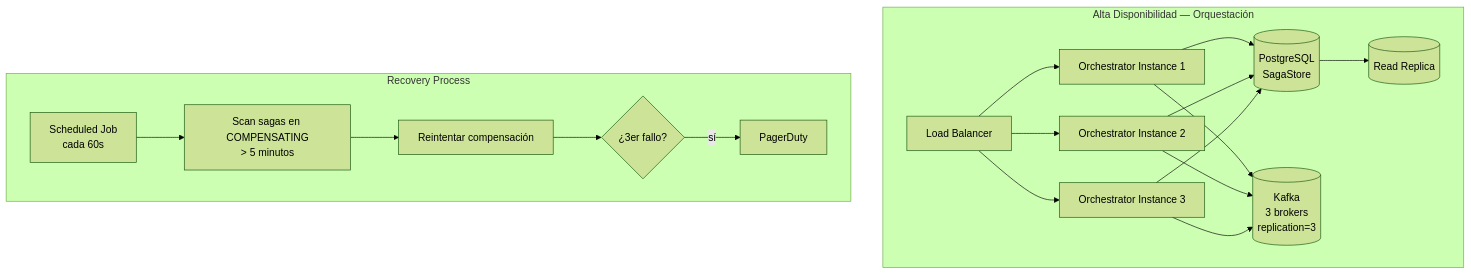
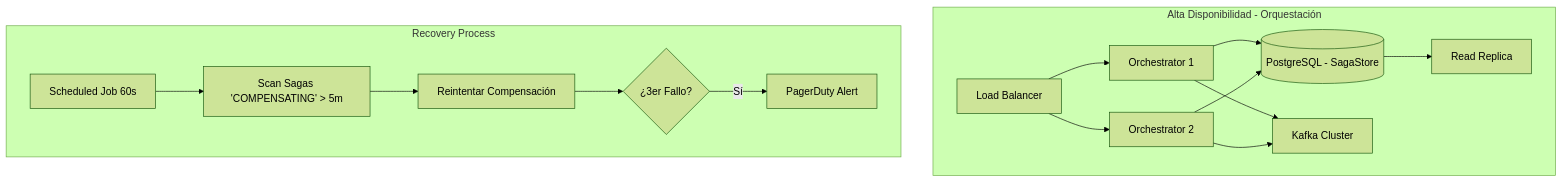
Before and after one commit to Joaquinriosheredia/DAM-Java-Mastery: the second of 3 diagrams in 02_Arquitectura/saga_pattern_orquestacion_vs_coreografia_con_java_21_STAFF.md, drawn with Mermaid (forest theme). The commit also changed other lines of this file, not shown here.

Commit message:
saga_pattern_orquestacion_vs_coreografia_con_java_21_STAFF.md

````diff
--- a/02_Arquitectura/saga_pattern_orquestacion_vs_coreografia_con_java_21_STAFF.md
+++ b/02_Arquitectura/saga_pattern_orquestacion_vs_coreografia_con_java_21_STAFF.md
@@ -610,22 +426,19 @@
 ```mermaid
 graph TD
-    subgraph "Alta Disponibilidad — Orquestación"
-        LB[Load Balancer] --> I1[Orchestrator Instance 1]
-        LB --> I2[Orchestrator Instance 2]
-        LB --> I3[Orchestrator Instance 3]
-        I1 --> DB[(PostgreSQL\nSagaStore)]
-        I2 --> DB
-        I3 --> DB
-        DB --> REPLICA[(Read Replica)]
-        I1 --> KAFKA[(Kafka\n3 brokers\nreplication=3)]
-        I2 --> KAFKA
-        I3 --> KAFKA
+    subgraph "Alta Disponibilidad - Orquestación"
+        LB[Load Balancer] --> O1[Orchestrator 1]
+        LB --> O2[Orchestrator 2]
+        O1 --> DB[(PostgreSQL - SagaStore)]
+        O2 --> DB
+        DB --> REPLICA[Read Replica]
+        O1 --> KAFKA[Kafka Cluster]
+        O2 --> KAFKA
     end
-
+    
     subgraph "Recovery Process"
-        CRON[Scheduled Job\ncada 60s] --> SCAN[Scan sagas en COMPENSATING\n> 5 minutos]
-        SCAN --> RETRY[Reintentar compensación]
-        RETRY --> ALERT{¿3er fallo?}
-        ALERT -->|sí| PAGER[PagerDuty]
+        CRON[Scheduled Job 60s] --> SCAN[Scan Sagas 'COMPENSATING' > 5m]
+        SCAN --> RETRY[Reintentar Compensación]
+        RETRY --> ALERT{¿3er Fallo?}
+        ALERT -->|Sí| PAGER[PagerDuty Alert]
     end
 ```
````
